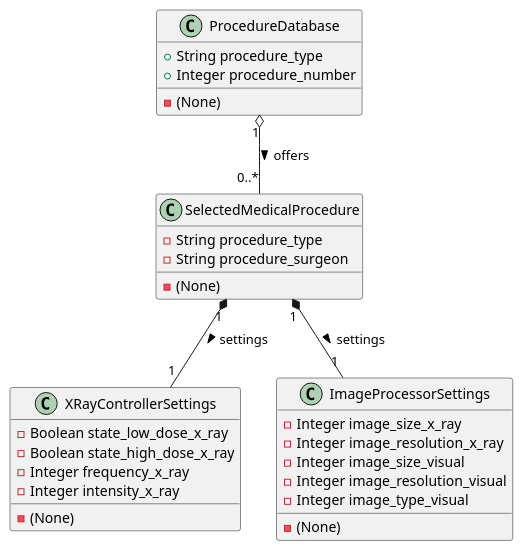
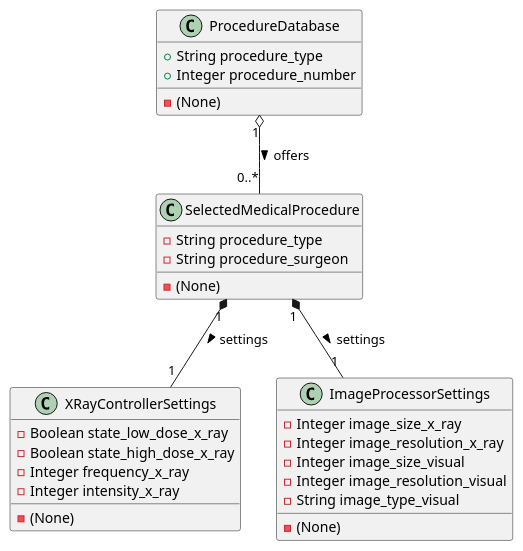
One commit to bartwc/SoftwareSystems changed the diagram in 4-uml/class-database.puml. Above: the diagram before and after it, drawn with PlantUML. The commit also changed 3 other files, not shown here.

Commit message:
Done - Class Diagram - High-Level

```diff
--- a/4-uml/class-database.puml
+++ b/4-uml/class-database.puml
@@ -1,51 +1,51 @@
-@startuml class-diagram
+@startuml class-database
 
 ' Aggregation example
 class ProcedureDatabase {
     +String procedure_type
     +Integer procedure_number
 
     -(None)
 }
 
 ProcedureDatabase "1" o-- "0..*" SelectedMedicalProcedure : offers >
 
 ' Definition of classes
 class SelectedMedicalProcedure {
     - String procedure_type
     - String procedure_surgeon
 
     -(None)
 }
 
 class XRayControllerSettings {
     - Boolean state_low_dose_x_ray
     - Boolean state_high_dose_x_ray
     - Integer frequency_x_ray
     - Integer intensity_x_ray
 
     -(None)
 }
 
 class ImageProcessorSettings {
     -Integer image_size_x_ray
     -Integer image_resolution_x_ray
     -Integer image_size_visual
     -Integer image_resolution_visual
-    -Integer image_type_visual
+    -String image_type_visual
 
     -(None)
 }
 
 ' Definition of relationships
 SelectedMedicalProcedure "1" *-- "1" XRayControllerSettings : settings >
 SelectedMedicalProcedure "1" *-- "1" ImageProcessorSettings : settings >
 
 '' Generalization example (assuming some shared attributes or behavior among different types of procedures)
 'class SpecialProcedure {
 '    +String specialEquipmentRequired
 '}
 '
 'SpecialProcedure -|> SelectedMedicalProcedure
 
 @enduml
```
